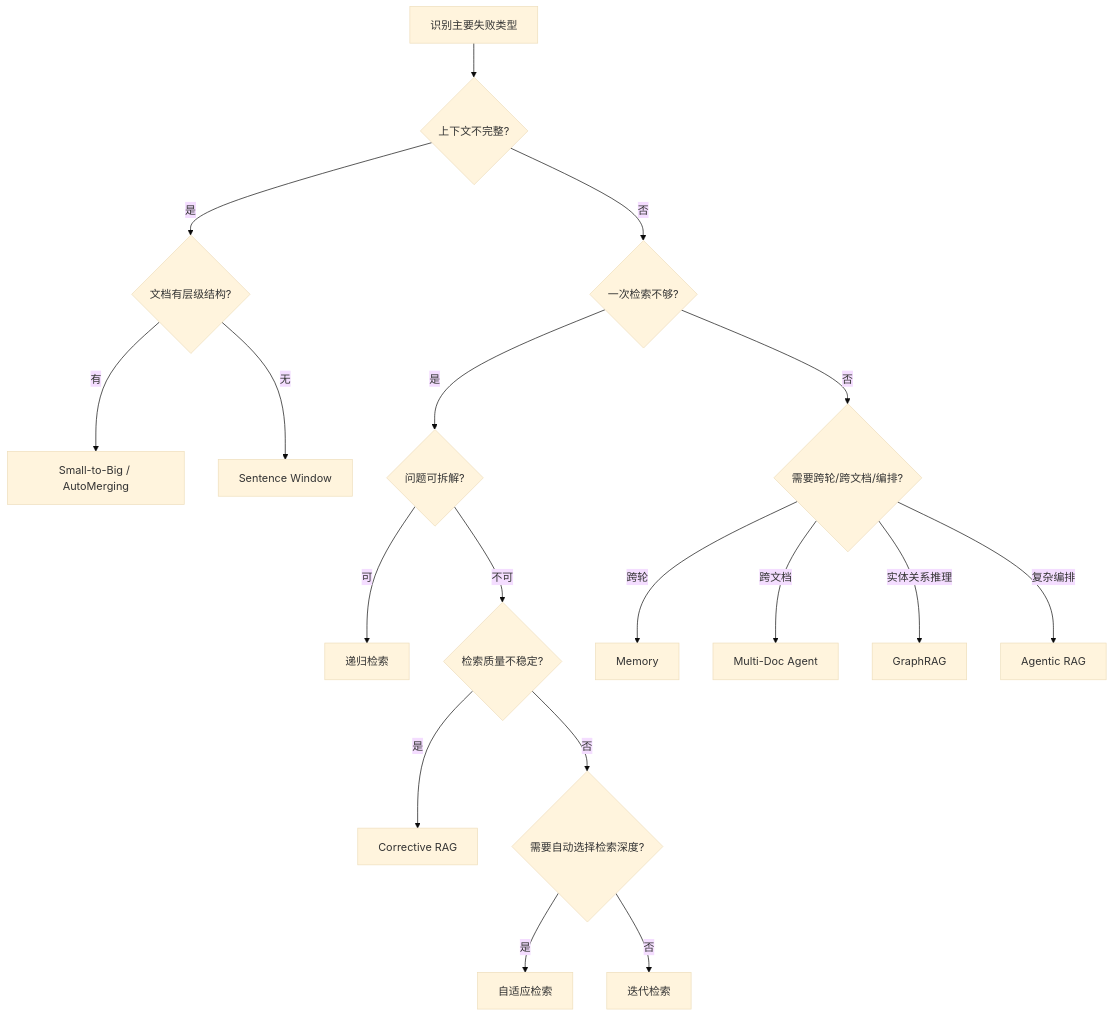
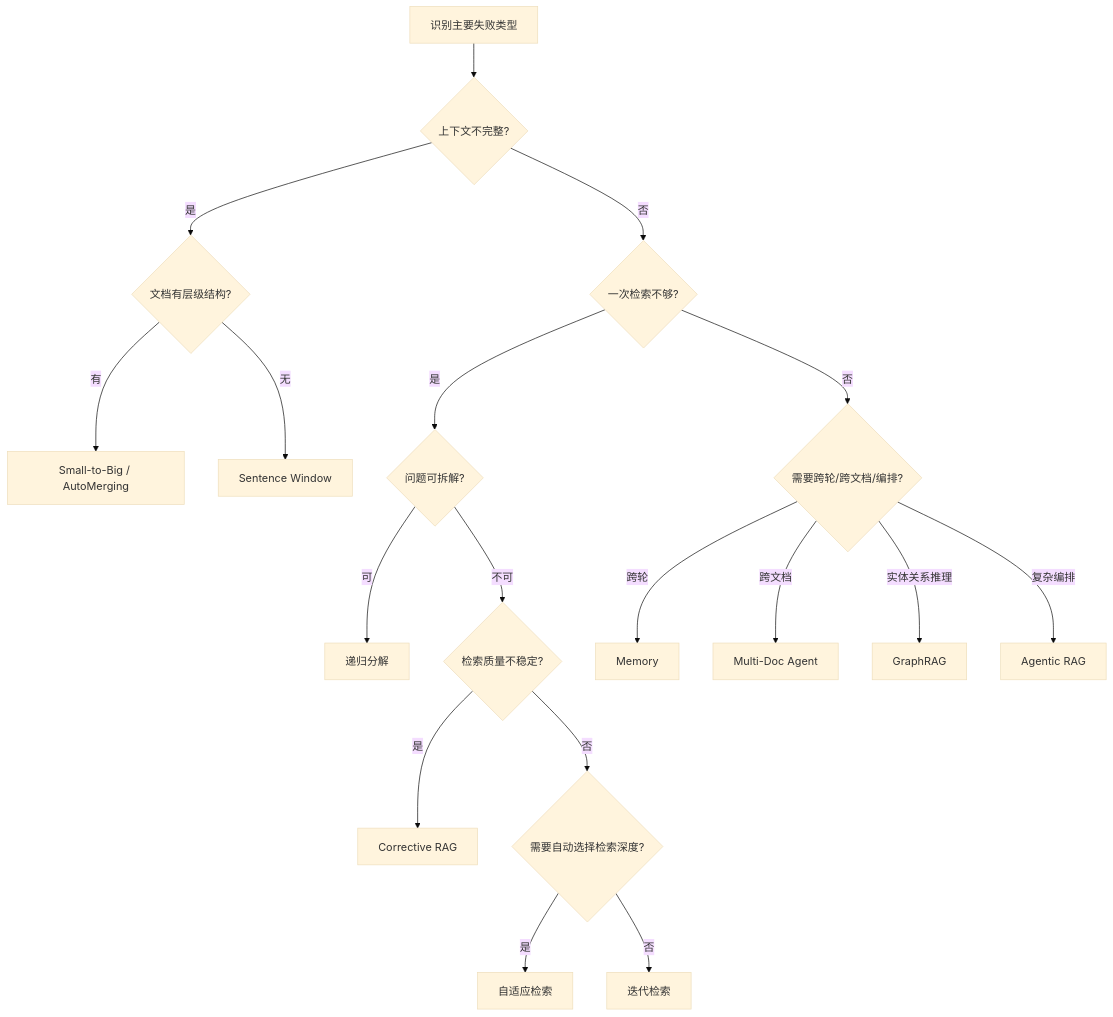
Before and after one commit to 0-yy-0/llm-universe: the diagram in notebook/C7 高级 RAG 技巧/6. 增强阶段/4. 选型总结.md, drawn with Mermaid (base theme). The commit also changed other lines of this file and 1 other file, not shown here.

````diff
--- a/notebook/C7 高级 RAG 技巧/6. 增强阶段/4. 选型总结.md
+++ b/notebook/C7 高级 RAG 技巧/6. 增强阶段/4. 选型总结.md
@@ -13,20 +17,20 @@
 ```mermaid
 flowchart TD
     start[识别主要失败类型] --> ctx{上下文不完整?}
     ctx -->|是| ctx_q{文档有层级结构?}
     ctx_q -->|有| stb[Small-to-Big / AutoMerging]
     ctx_q -->|无| sw[Sentence Window]
     ctx -->|否| flow{一次检索不够?}
     flow -->|是| flow_q{问题可拆解?}
-    flow_q -->|可| rr[递归检索]
+    flow_q -->|可| rr[递归分解]
     flow_q -->|不可| flow_q2{检索质量不稳定?}
     flow_q2 -->|是| crag[Corrective RAG]
     flow_q2 -->|否| flow_q3{需要自动选择检索深度?}
     flow_q3 -->|是| ar[自适应检索]
     flow_q3 -->|否| ir[迭代检索]
     flow -->|否| sys{需要跨轮/跨文档/编排?}
     sys -->|跨轮| mem[Memory]
     sys -->|跨文档| mda[Multi-Doc Agent]
     sys -->|实体关系推理| graphrag[GraphRAG]
     sys -->|复杂编排| agent[Agentic RAG]
 ```
````
